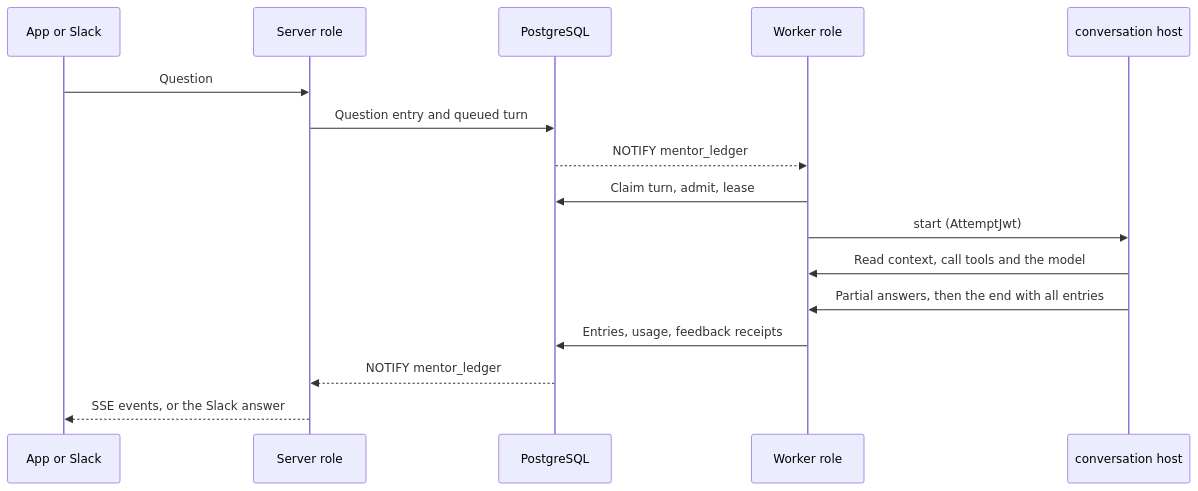
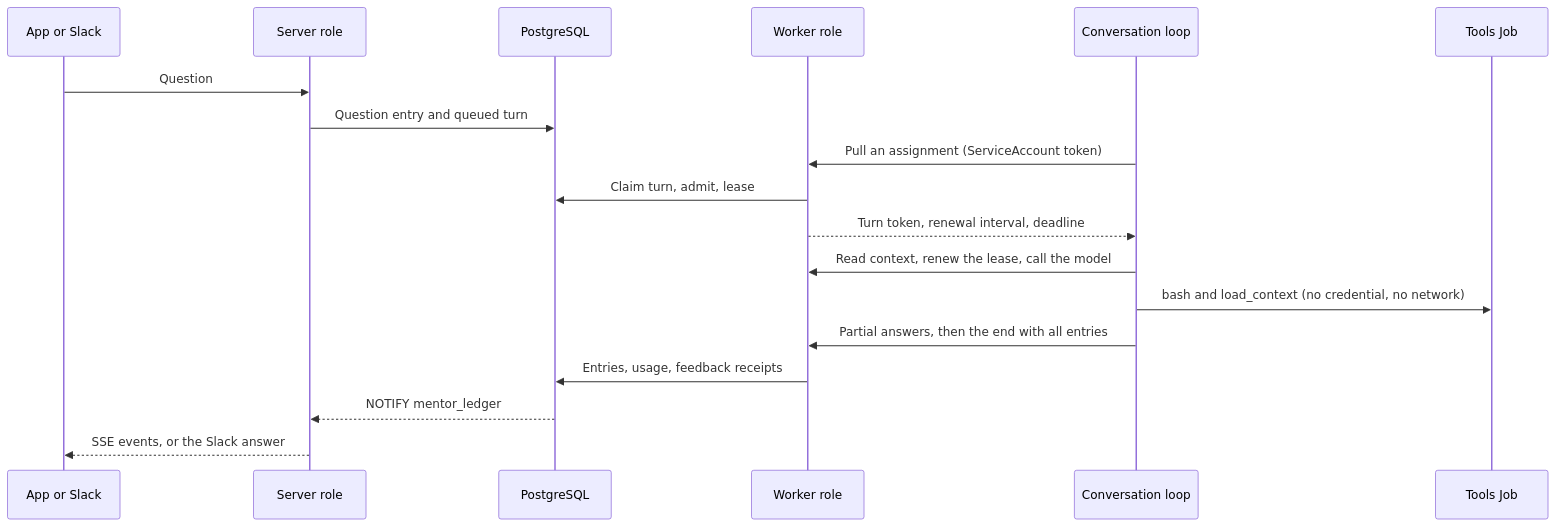
Before and after one commit to hephaestus-build/Hephaestus: the third of 3 diagrams in docs/contributor/system-design.mdx, drawn with Mermaid. The commit also changed other lines of this file and 213 other files, not shown here.

Commit message:
feat(server): run conversation turns in a conversation loop Deployment

````diff
--- a/docs/contributor/system-design.mdx
+++ b/docs/contributor/system-design.mdx
@@ -126,20 +130,22 @@
 ```mermaid
 sequenceDiagram
     accTitle: One conversation turn
-    accDescr: The server stores the question and a queued turn. A worker claims the turn after a PostgreSQL notification and starts it in its conversation host. The host reads the context, reports partial answers, and sends all entries with the end of the turn. The server streams changes to the app and posts Slack answers.
+    accDescr: The server stores the question and a queued turn. The conversation loop pulls an assignment, and a worker claims the turn for it. The loop reads the context, calls the model, runs tools in a tools Job, reports partial answers, and sends all entries with the end of the turn. The server streams changes to the app and posts Slack answers.
     participant C as App or Slack
     participant S as Server role
     participant DB as PostgreSQL
     participant W as Worker role
-    participant H as conversation host
+    participant L as Conversation loop
+    participant T as Tools Job
     C->>S: Question
     S->>DB: Question entry and queued turn
-    DB-->>W: NOTIFY mentor_ledger
+    L->>W: Pull an assignment (ServiceAccount token)
     W->>DB: Claim turn, admit, lease
-    W->>H: start (AttemptJwt)
-    H->>W: Read context, call tools and the model
-    H->>W: Partial answers, then the end with all entries
+    W-->>L: Turn token, renewal interval, deadline
+    L->>W: Read context, renew the lease, call the model
+    L->>T: bash and load_context (no credential, no network)
+    L->>W: Partial answers, then the end with all entries
     W->>DB: Entries, usage, feedback receipts
     DB-->>S: NOTIFY mentor_ledger
     S-->>C: SSE events, or the Slack answer
 ```
````
